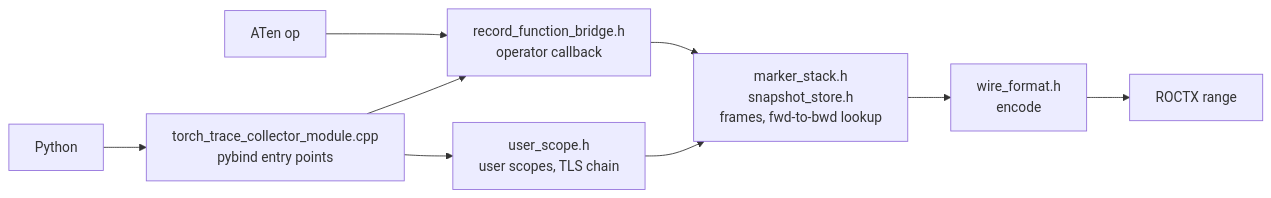
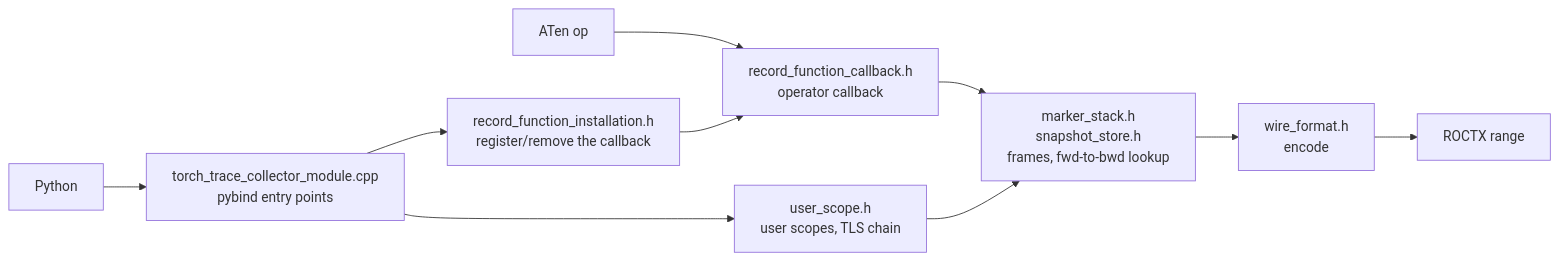
The fifth of 8 diagrams in projects/rocprofiler-compute/docs/design/lld-torch-trace-collector.md (ROCm/rocm-systems), drawn with Mermaid before and after one commit. The commit also changed other lines of this file and 1 other file, not shown here.

````diff
--- a/projects/rocprofiler-compute/docs/design/lld-torch-trace-collector.md
+++ b/projects/rocprofiler-compute/docs/design/lld-torch-trace-collector.md
@@ -208,10 +216,11 @@
 ```mermaid
 flowchart LR
-    op[ATen op] --> brg[record_function_bridge.h<br/>operator callback]
+    op[ATen op] --> brg[record_function_callback.h<br/>operator callback]
     py[Python] --> mod[torch_trace_collector_module.cpp<br/>pybind entry points]
-    mod --> brg
+    mod --> ins[record_function_installation.h<br/>register/remove the callback]
+    ins --> brg
     mod --> us[user_scope.h<br/>user scopes, TLS chain]
     brg --> st[marker_stack.h<br/>snapshot_store.h<br/>frames, fwd-to-bwd lookup]
     us --> st
     st --> wf[wire_format.h<br/>encode] --> rx[ROCTX range]
 ```
````
